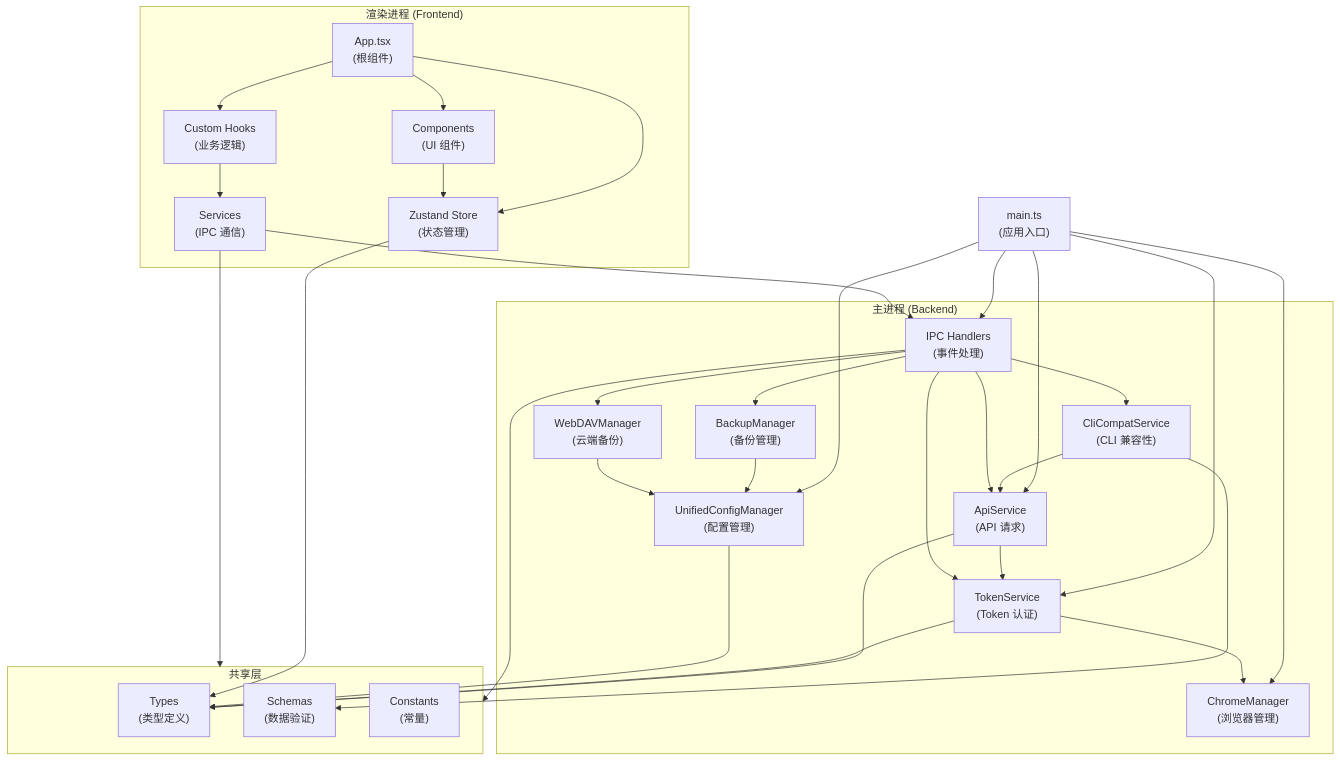
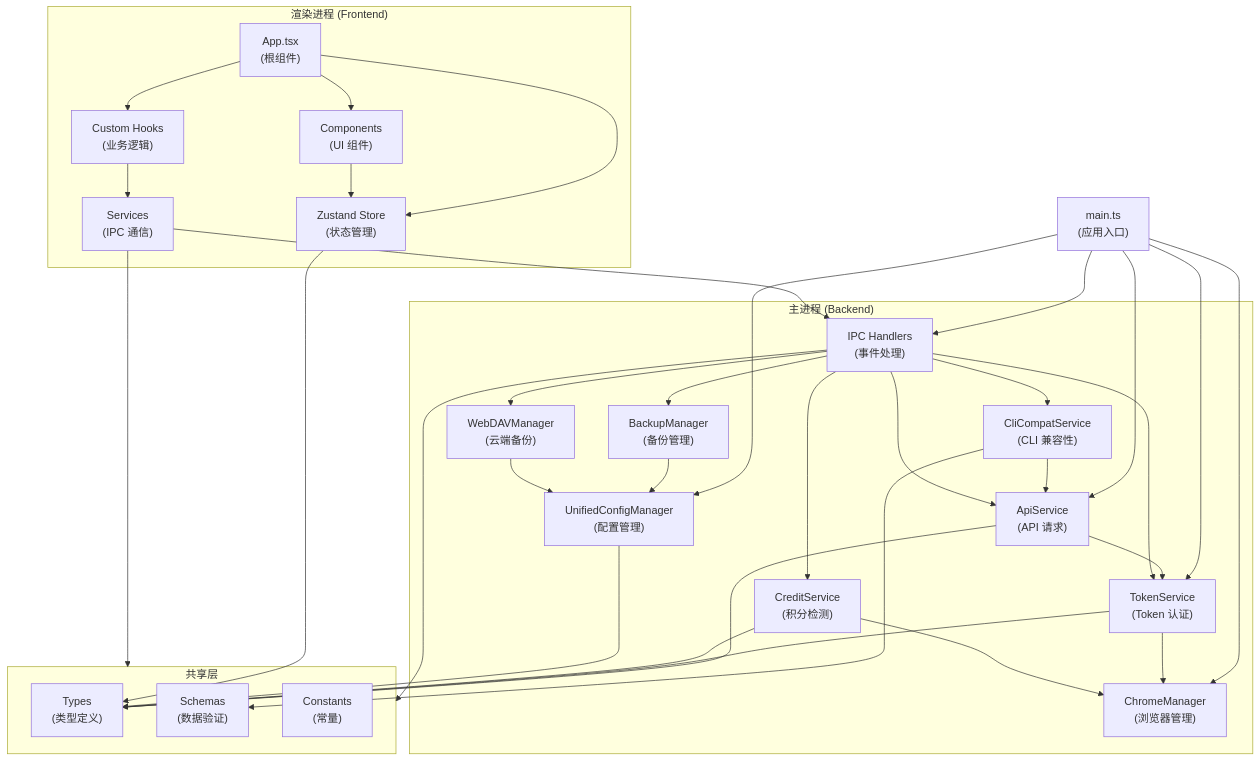
The diagram in PROJECT_INDEX.md (Sponge-Lu/API_detect_tools), drawn with Mermaid before and after one commit. The commit also changed other lines of this file and 58 other files, not shown here.

````diff
--- a/PROJECT_INDEX.md
+++ b/PROJECT_INDEX.md
@@ -59,65 +59,69 @@
 ```mermaid
 graph TD
     Main["main.ts<br/>(应用入口)"]
     
     subgraph MainProcess["主进程 (Backend)"]
         ChromeMgr["ChromeManager<br/>(浏览器管理)"]
         TokenSvc["TokenService<br/>(Token 认证)"]
         ApiSvc["ApiService<br/>(API 请求)"]
         CliCompat["CliCompatService<br/>(CLI 兼容性)"]
+        CreditSvc["CreditService<br/>(积分检测)"]
         BackupMgr["BackupManager<br/>(备份管理)"]
         WebDAVMgr["WebDAVManager<br/>(云端备份)"]
         ConfigMgr["UnifiedConfigManager<br/>(配置管理)"]
         Handlers["IPC Handlers<br/>(事件处理)"]
     end
     
     subgraph RendererProcess["渲染进程 (Frontend)"]
         App["App.tsx<br/>(根组件)"]
         Components["Components<br/>(UI 组件)"]
         Hooks["Custom Hooks<br/>(业务逻辑)"]
         Store["Zustand Store<br/>(状态管理)"]
         Services["Services<br/>(IPC 通信)"]
     end
     
     subgraph Shared["共享层"]
         Types["Types<br/>(类型定义)"]
         Schemas["Schemas<br/>(数据验证)"]
         Constants["Constants<br/>(常量)"]
     end
     
     Main --> ChromeMgr
     Main --> TokenSvc
     Main --> ApiSvc
     Main --> ConfigMgr
     Main --> Handlers
     
     TokenSvc --> ChromeMgr
     ApiSvc --> TokenSvc
     CliCompat --> ApiSvc
+    CreditSvc --> ChromeMgr
     BackupMgr --> ConfigMgr
     WebDAVMgr --> ConfigMgr
     
     Handlers --> ApiSvc
     Handlers --> TokenSvc
     Handlers --> BackupMgr
     Handlers --> WebDAVMgr
     Handlers --> CliCompat
+    Handlers --> CreditSvc
     
     App --> Components
     App --> Hooks
     App --> Store
     
     Hooks --> Services
     Services --> Handlers
     
     Components --> Store
     Store --> Types
     
     ApiSvc --> Types
     TokenSvc --> Types
+    CreditSvc --> Types
     CliCompat --> Schemas
     ConfigMgr --> Types
     
     Handlers --> Shared
     Services --> Shared
 ```
````
